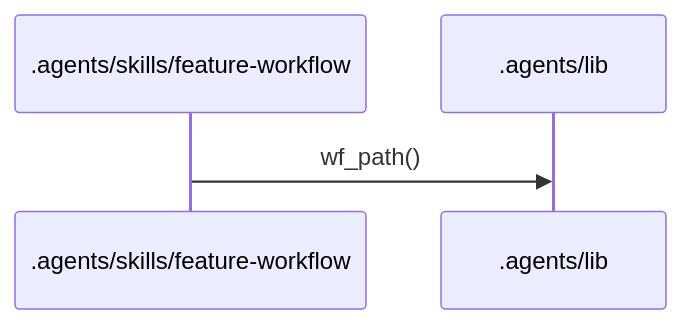
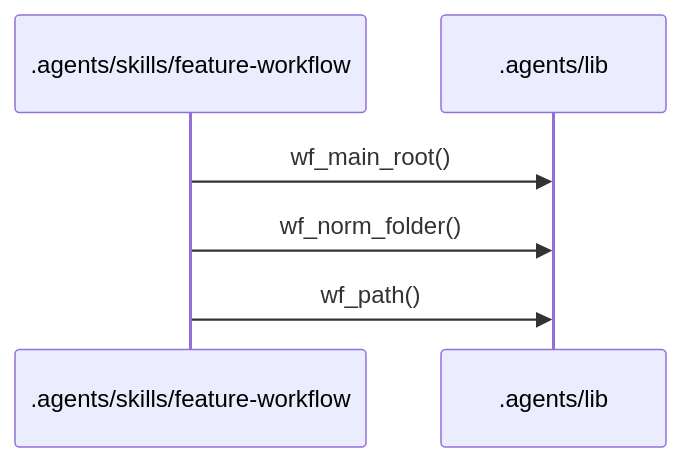
One commit to TajVirani/llm-scaffold-claude changed the tenth of 15 diagrams in .workflow/cache/flows.md. Above: the diagram before and after it, drawn with Mermaid. The commit also changed other lines of this file and 15 other files, not shown here.

````diff
--- a/.workflow/cache/flows.md
+++ b/.workflow/cache/flows.md
@@ -185,6 +200,8 @@
 ```mermaid
 sequenceDiagram
   participant _agents_skills_feature_workflow as .agents/skills/feature-workflow
   participant _agents_lib as .agents/lib
+  _agents_skills_feature_workflow->>_agents_lib: wf_main_root()
+  _agents_skills_feature_workflow->>_agents_lib: wf_norm_folder()
   _agents_skills_feature_workflow->>_agents_lib: wf_path()
 ```
````
